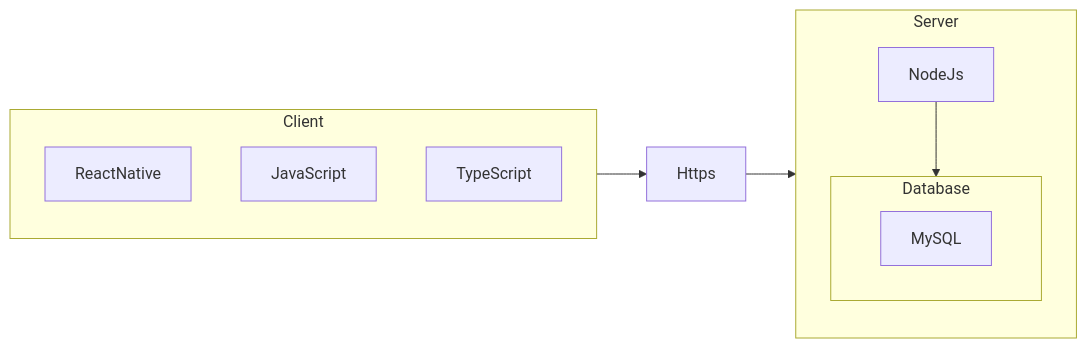
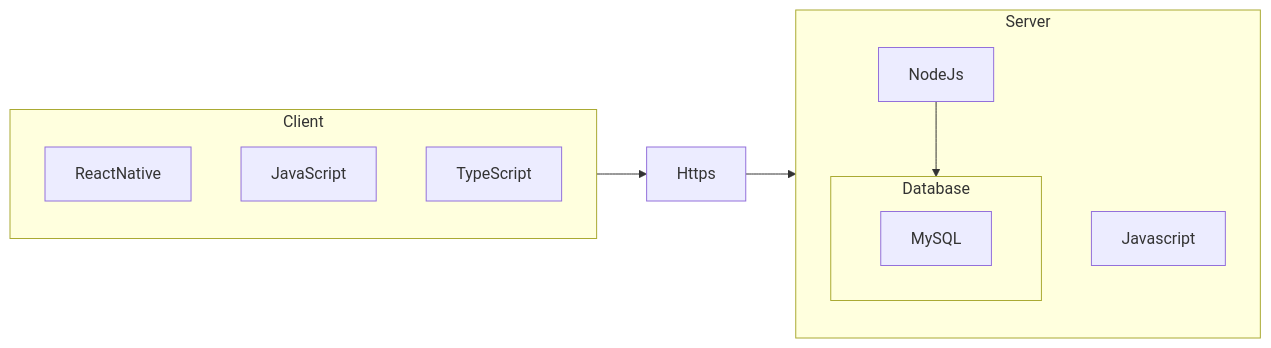
The second of 2 diagrams in job interview.MD (fahrizap/Kodein), drawn with Mermaid before and after one commit.

Commit message:
Update job interview.MD

````diff
--- a/job interview.MD
+++ b/job interview.MD
@@ -118,19 +118,19 @@
 ```mermaid
 flowchart LR
   subgraph Client
   ReactNative
   JavaScript
   TypeScript
   end
   subgraph Server
   NodeJs
-  JavaScript
+  Javascript
     subgraph Database
     MySQL
     end
   end
   Client --> Https --> Server
   NodeJs --> Database
 
   
 ```
````
